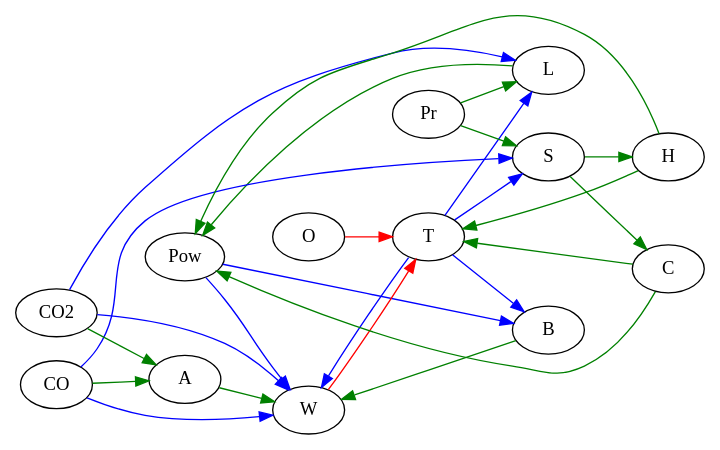
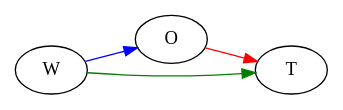
Before and after one commit to smarianimore/multiagent_algorithm: the diagram in tmp/3/Digraph.gv, drawn with Graphviz. The commit also changed 15 other files, not shown here.

```diff
--- a/tmp/3/Digraph.gv
+++ b/tmp/3/Digraph.gv
@@ -1,31 +1,9 @@
 digraph {
 	graph [rankdir=LR]
 	edge [color=blue]
-	Pow -> W
-	Pow -> B
-	T -> B
-	T -> S
-	T -> L
-	T -> W
-	CO -> S
-	CO -> W
-	CO2 -> L
-	CO2 -> W
+	W -> O
 	edge [color=red]
 	O -> T
+	edge [color=green]
 	W -> T
-	edge [color=green]
-	Pr -> L
-	Pr -> S
-	L -> Pow
-	S -> H
-	S -> C
-	B -> W
-	H -> Pow
-	H -> T
-	C -> Pow
-	C -> T
-	CO -> A
-	A -> W
-	CO2 -> A
 }
```
